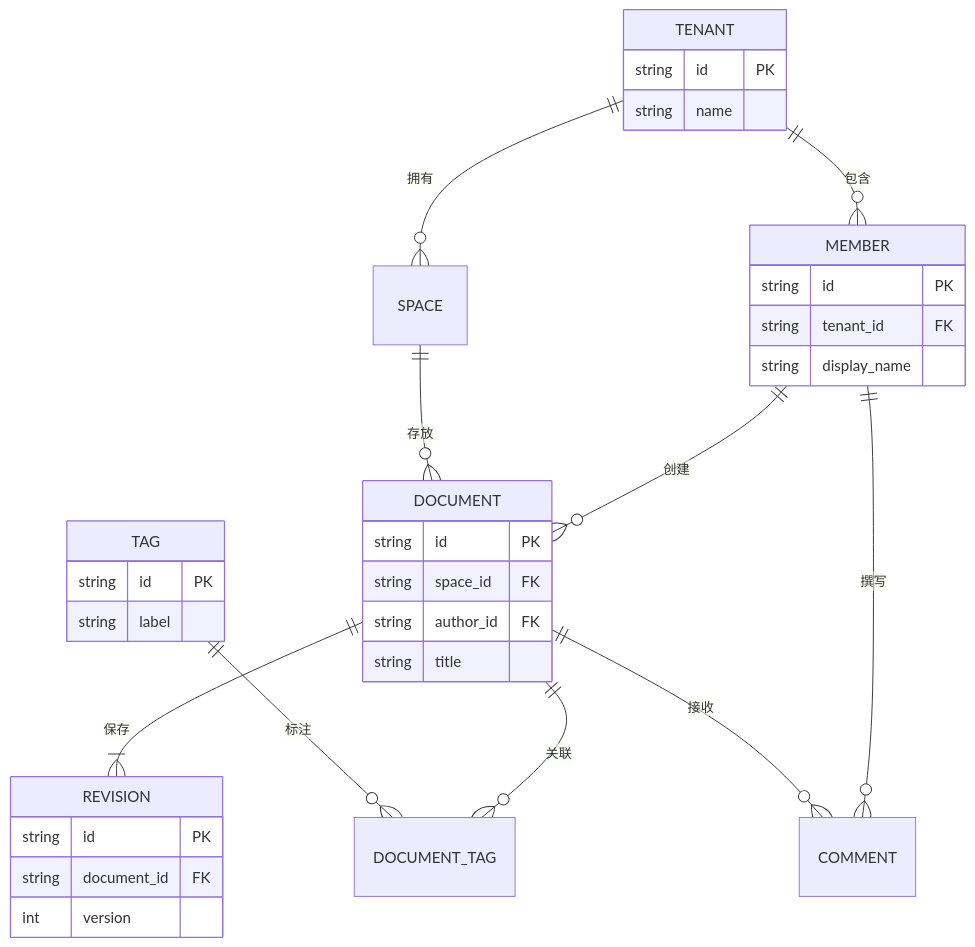
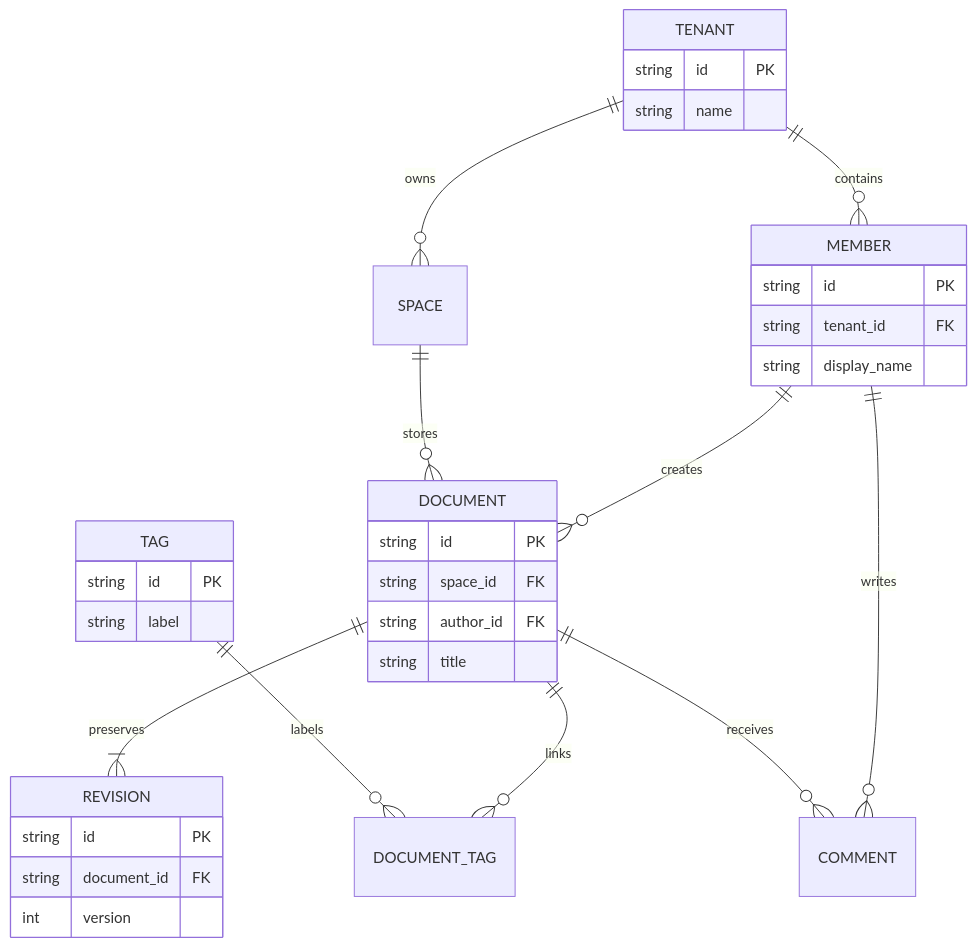
Before and after one commit to wizlijun/note.md: diagram 13 of 50 in docs/examples/mermaid-pele-theme-gallery.md, drawn with Mermaid. The commit also changed other lines of this file, not shown here.

Commit message:
docs: make diagram gallery English and image focused

````diff
--- a/docs/examples/mermaid-pele-theme-gallery.md
+++ b/docs/examples/mermaid-pele-theme-gallery.md
@@ -812,36 +555,36 @@
 ```mermaid
 erDiagram
-  TENANT ||--o{ MEMBER : 包含
-  TENANT ||--o{ SPACE : 拥有
-  MEMBER ||--o{ DOCUMENT : 创建
-  SPACE ||--o{ DOCUMENT : 存放
-  DOCUMENT ||--|{ REVISION : 保存
-  DOCUMENT ||--o{ DOCUMENT_TAG : 关联
-  TAG ||--o{ DOCUMENT_TAG : 标注
-  MEMBER ||--o{ COMMENT : 撰写
-  DOCUMENT ||--o{ COMMENT : 接收
+  TENANT ||--o{ MEMBER : contains
+  TENANT ||--o{ SPACE : owns
+  MEMBER ||--o{ DOCUMENT : creates
+  SPACE ||--o{ DOCUMENT : stores
+  DOCUMENT ||--|{ REVISION : preserves
+  DOCUMENT ||--o{ DOCUMENT_TAG : links
+  TAG ||--o{ DOCUMENT_TAG : labels
+  MEMBER ||--o{ COMMENT : writes
+  DOCUMENT ||--o{ COMMENT : receives
   TENANT {
     string id PK
     string name
   }
   MEMBER {
     string id PK
     string tenant_id FK
     string display_name
   }
   DOCUMENT {
     string id PK
     string space_id FK
     string author_id FK
     string title
   }
   REVISION {
     string id PK
     string document_id FK
     int version
   }
   TAG {
     string id PK
     string label
   }
 ```
````
